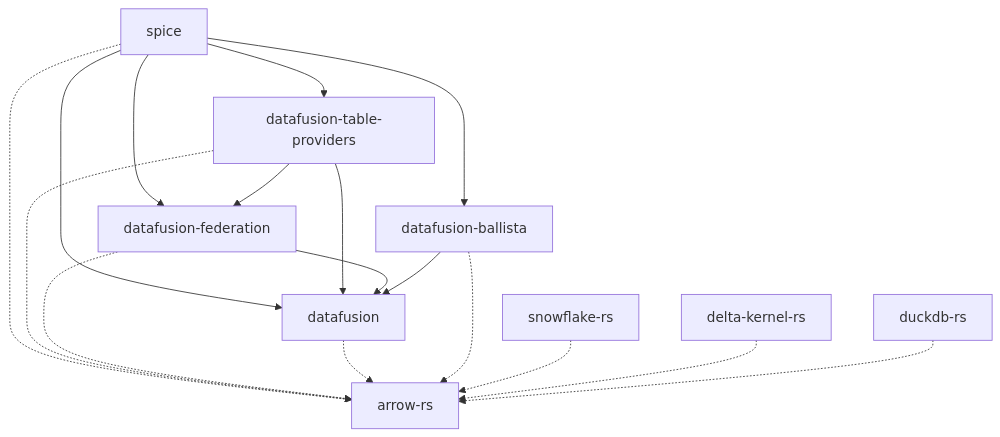
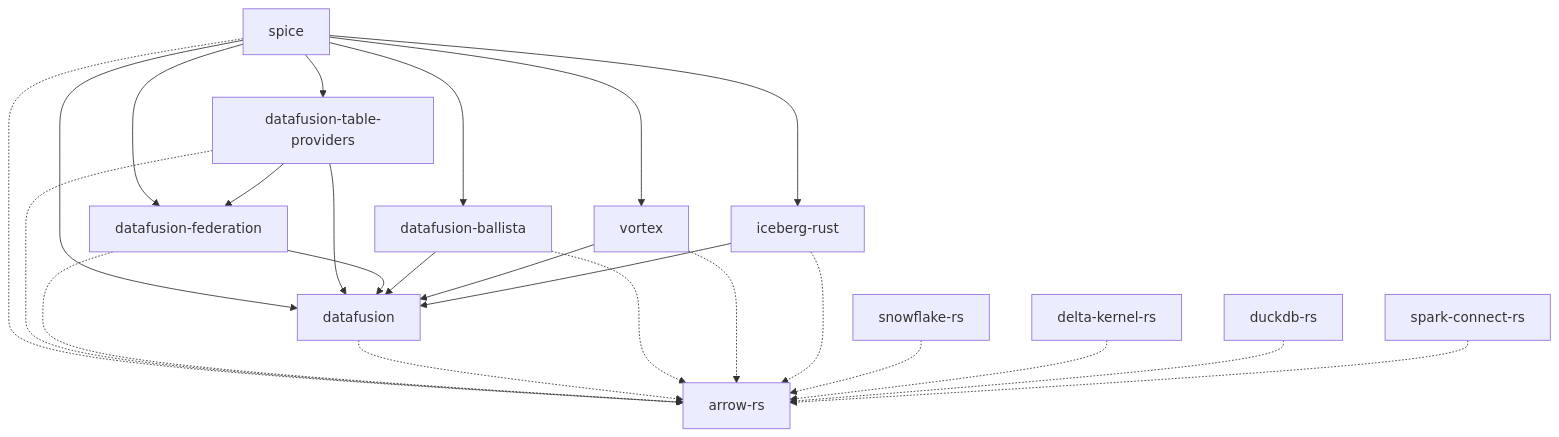
One commit to spiceai/spiceai changed the diagram in .github/ISSUE_TEMPLATE/datafusion_upgrade.md. Above: the diagram before and after it, drawn with Mermaid. The commit also changed other lines of this file and 41 other files, not shown here.

````diff
--- a/.github/ISSUE_TEMPLATE/datafusion_upgrade.md
+++ b/.github/ISSUE_TEMPLATE/datafusion_upgrade.md
@@ -11,24 +11,33 @@
 ```mermaid
 graph TD
     A[spice] --> B[datafusion-table-providers]
     A --> C[datafusion-federation]
     A --> D[datafusion]
     A --> I[datafusion-ballista]
+    A --> J[vortex]
+    A --> K[iceberg-rust]
     A -.-> E[arrow-rs]
 
     B --> C
     B --> D
     B -.-> E
 
     C --> D
     C -.-> E
 
     D -.-> E
 
     I --> D
     I -.-> E
 
+    J --> D
+    J -.-> E
+
+    K --> D
+    K -.-> E
+
     F[snowflake-rs] -.-> E
     G[delta-kernel-rs] -.-> E
     H[duckdb-rs] -.-> E
+    L[spark-connect-rs] -.-> E
 ```
````
